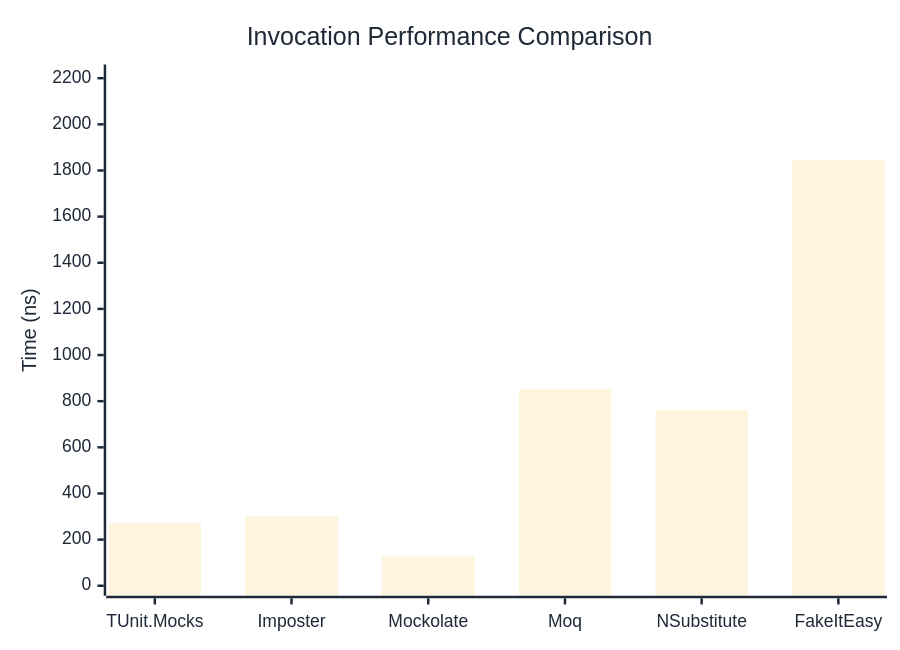
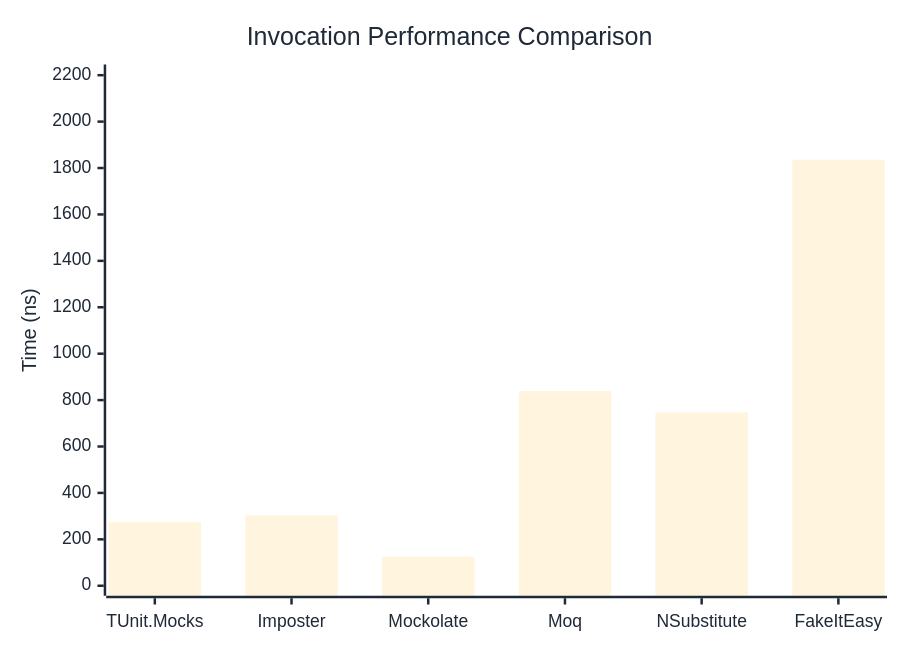
One commit to thomhurst/TUnit changed the first of 3 diagrams in docs/docs/benchmarks/mocks/Invocation.md. Above: the diagram before and after it, drawn with Mermaid. The commit also changed other lines of this file and 14 other files, not shown here.

````diff
--- a/docs/docs/benchmarks/mocks/Invocation.md
+++ b/docs/docs/benchmarks/mocks/Invocation.md
@@ -30,27 +30,27 @@
 ```mermaid
 %%{init: {
   'theme':'base',
   'themeVariables': {
     'primaryColor': '#2563eb',
     'primaryTextColor': '#1f2937',
     'primaryBorderColor': '#1e40af',
     'lineColor': '#6b7280',
     'secondaryColor': '#7c3aed',
     'tertiaryColor': '#dc2626',
     'background': '#ffffff',
     'pie1': '#2563eb',
     'pie2': '#7c3aed',
     'pie3': '#dc2626',
     'pie4': '#f59e0b',
     'pie5': '#10b981',
     'pie6': '#06b6d4',
     'pie7': '#ec4899',
     'pie8': '#6366f1'
   }
 }}%%
 xychart-beta
   title "Invocation Performance Comparison"
   x-axis ["TUnit.Mocks", "Imposter", "Mockolate", "Moq", "NSubstitute", "FakeItEasy"]
-  y-axis "Time (ns)" 0 --> 2216
-  bar [270.38, 301.92, 126.1, 851.19, 761.34, 1846.38]
+  y-axis "Time (ns)" 0 --> 2203
+  bar [274.1, 302.6, 125.3, 839.3, 746.8, 1835.7]
 ```
````
